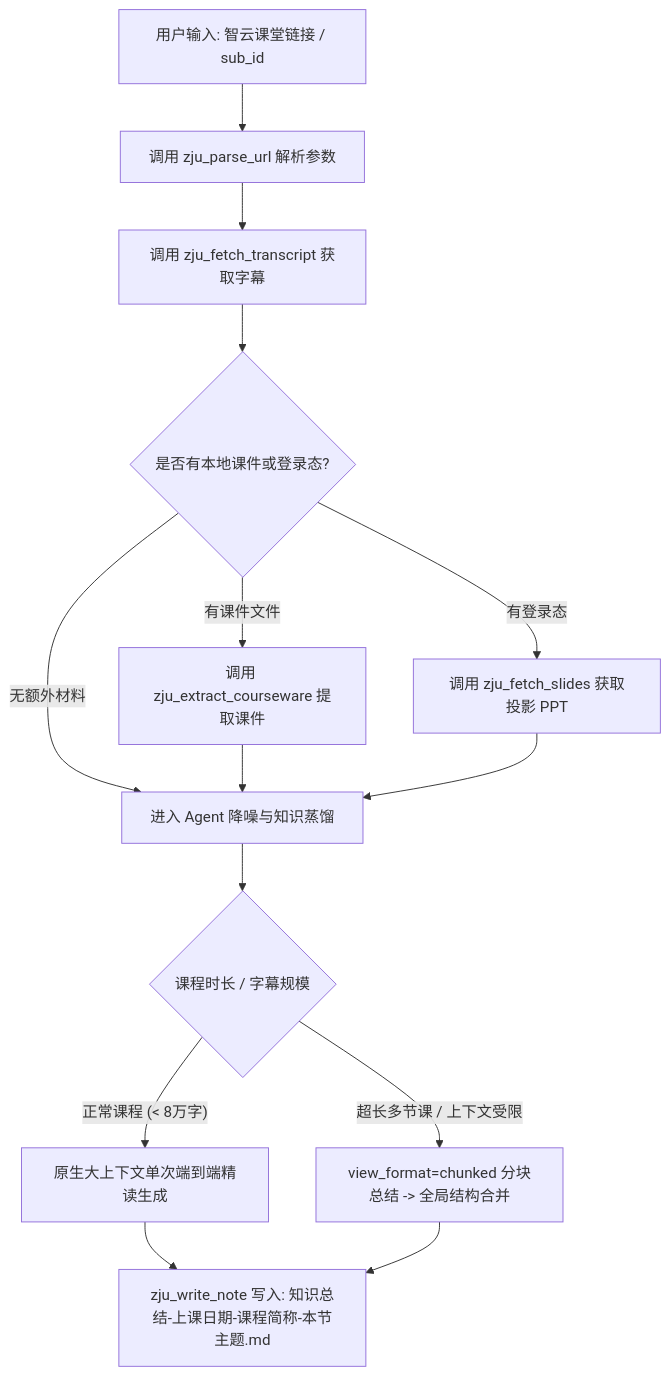
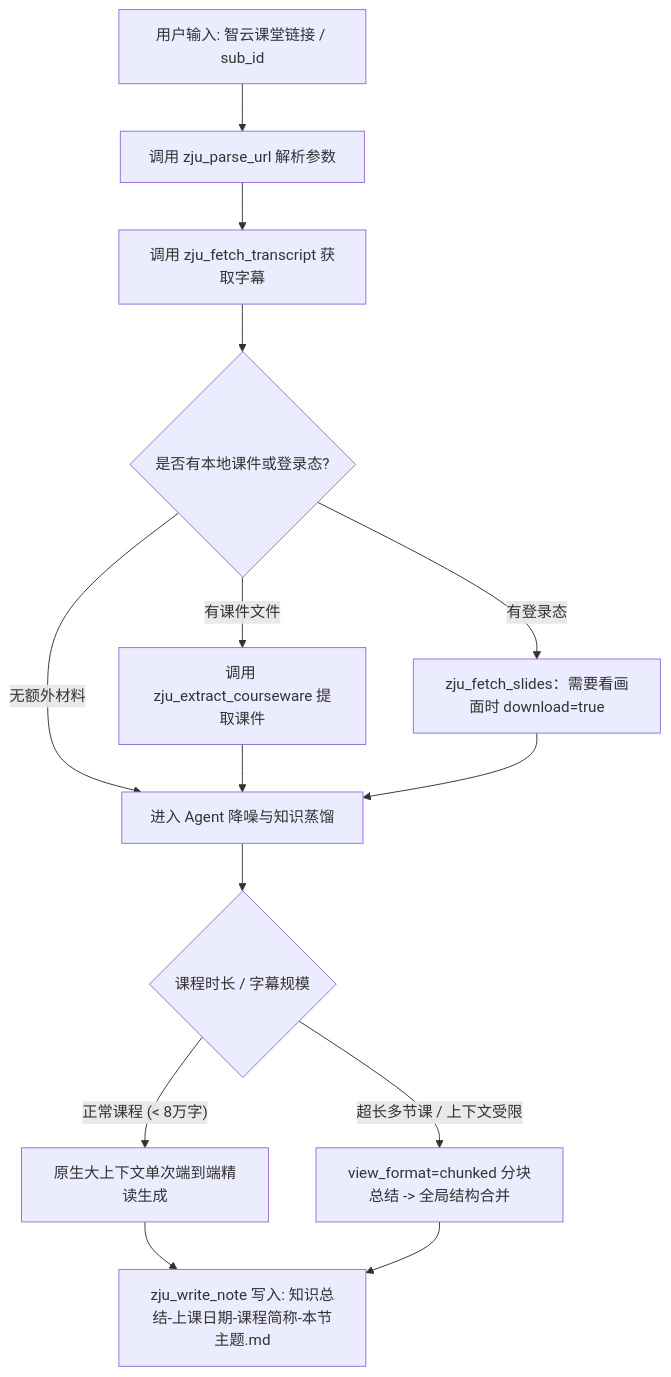
The diagram in skills/zju-lecture-summarizer/SKILL.md (chenqianyu486-sys/dsh-zju-lecture-note), drawn with Mermaid before and after one commit. The commit also changed other lines of this file and 26 other files, not shown here.

First line of the commit message:
feat(slides): 智云投影 PPT 支持 Bearer 鉴权、分页与截图 PDF (v1.5.0)

````diff
--- a/skills/zju-lecture-summarizer/SKILL.md
+++ b/skills/zju-lecture-summarizer/SKILL.md
@@ -33,16 +33,16 @@
 ```mermaid
 flowchart TD
     A[用户输入: 智云课堂链接 / sub_id] --> B[调用 zju_parse_url 解析参数]
     B --> C[调用 zju_fetch_transcript 获取字幕]
     C --> D{是否有本地课件或登录态?}
     D -- 有课件文件 --> E1[调用 zju_extract_courseware 提取课件]
-    D -- 有登录态 --> E2[调用 zju_fetch_slides 获取投影 PPT]
+    D -- 有登录态 --> E2[zju_fetch_slides：需要看画面时 download=true]
     D -- 无额外材料 --> F[进入 Agent 降噪与知识蒸馏]
     E1 --> F
     E2 --> F
     F --> G{课程时长 / 字幕规模}
     G -- 正常课程 (< 8万字) --> H1[原生大上下文单次端到端精读生成]
     G -- 超长多节课 / 上下文受限 --> H2[view_format=chunked 分块总结 -> 全局结构合并]
     H1 --> I[zju_write_note 写入: 知识总结-上课日期-课程简称-本节主题.md]
     H2 --> I
 ```
````
